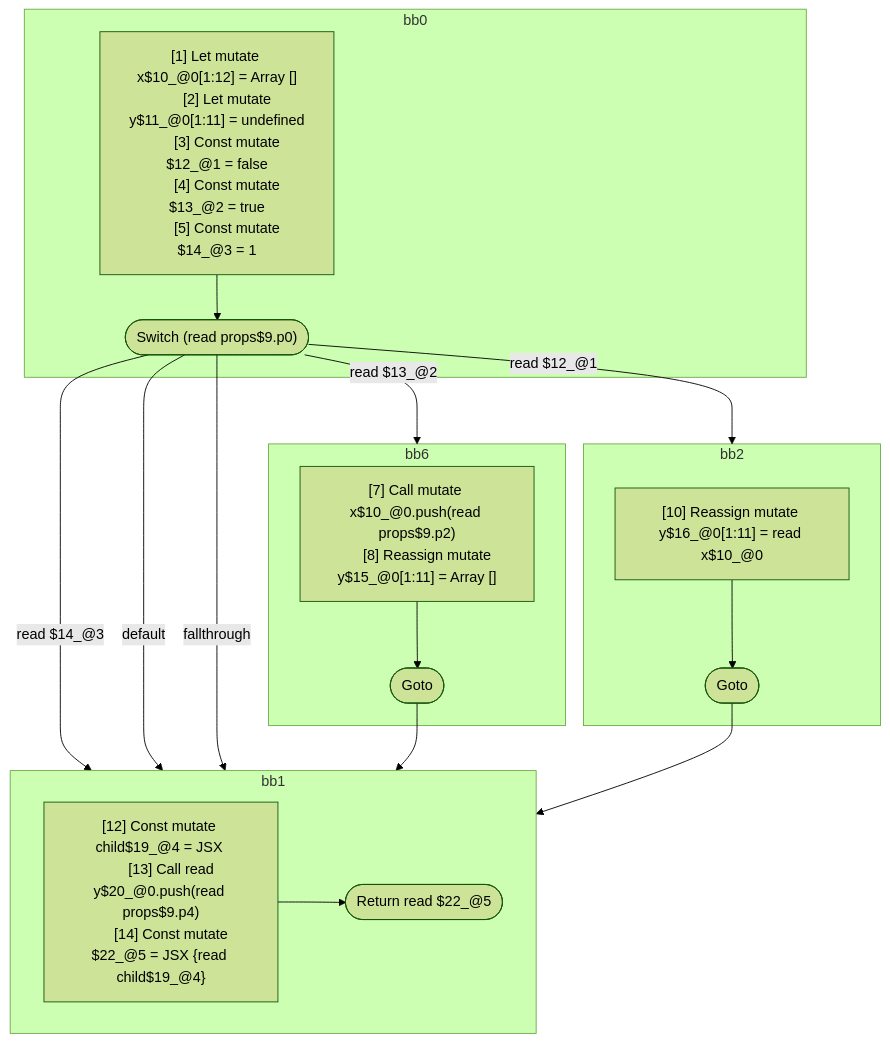
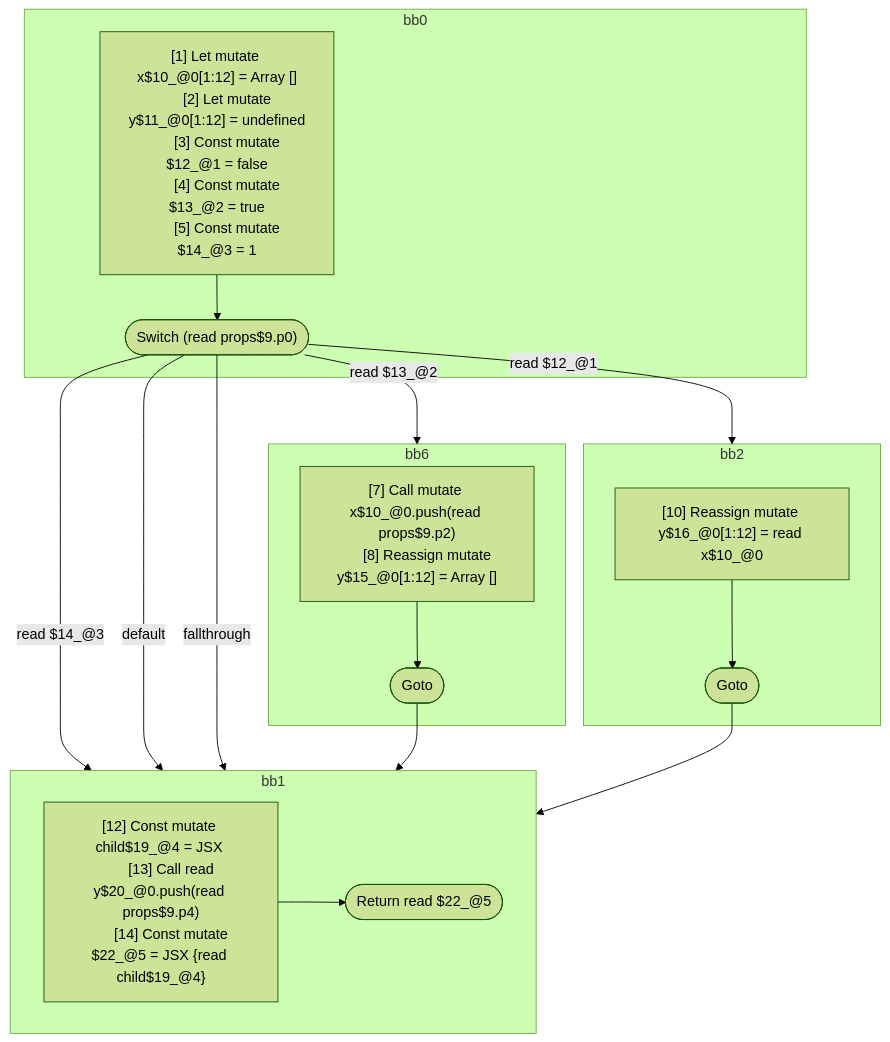
One commit to wutsmog/private changed the diagram in compiler/forget/src/__tests__/fixtures/hir/switch-non-final-default.expect.md. Above: the diagram before and after it, drawn with Mermaid (forest theme). The commit also changed other lines of this file and 30 other files, not shown here.

First line of the commit message:
Merge scopes that interleave or cross control-flow boundaries together

````diff
--- a/compiler/forget/src/__tests__/fixtures/hir/switch-non-final-default.expect.md
+++ b/compiler/forget/src/__tests__/fixtures/hir/switch-non-final-default.expect.md
@@ -65,45 +65,45 @@
 ```mermaid
 flowchart TB
   %% Basic Blocks
   subgraph bb0
     bb0_instrs["
       [1] Let mutate x$10_@0[1:12] = Array []
-      [2] Let mutate y$11_@0[1:11] = undefined
+      [2] Let mutate y$11_@0[1:12] = undefined
       [3] Const mutate $12_@1 = false
       [4] Const mutate $13_@2 = true
       [5] Const mutate $14_@3 = 1
     "]
     bb0_instrs --> bb0_terminal(["Switch (read props$9.p0)"])
   end
   subgraph bb6
     bb6_instrs["
       [7] Call mutate x$10_@0.push(read props$9.p2)
-      [8] Reassign mutate y$15_@0[1:11] = Array []
+      [8] Reassign mutate y$15_@0[1:12] = Array []
     "]
     bb6_instrs --> bb6_terminal(["Goto"])
   end
   subgraph bb2
     bb2_instrs["
-      [10] Reassign mutate y$16_@0[1:11] = read x$10_@0
+      [10] Reassign mutate y$16_@0[1:12] = read x$10_@0
     "]
     bb2_instrs --> bb2_terminal(["Goto"])
   end
   subgraph bb1
     bb1_instrs["
       [12] Const mutate child$19_@4 = JSX <read Component$0 data={freeze x$10_@0} ></read Component$0>
       [13] Call read y$20_@0.push(read props$9.p4)
       [14] Const mutate $22_@5 = JSX <read Component$0 data={freeze y$20_@0} >{read child$19_@4}</read Component$0>
     "]
     bb1_instrs --> bb1_terminal(["Return read $22_@5"])
   end
 
   %% Jumps
   bb0_terminal -- "read $14_@3" --> bb1
   bb0_terminal -- "read $13_@2" --> bb6
   bb0_terminal -- "default" --> bb1
   bb0_terminal -- "read $12_@1" --> bb2
   bb0_terminal -- "fallthrough" --> bb1
   bb6_terminal --> bb1
   bb2_terminal --> bb1
 
 ```
````
